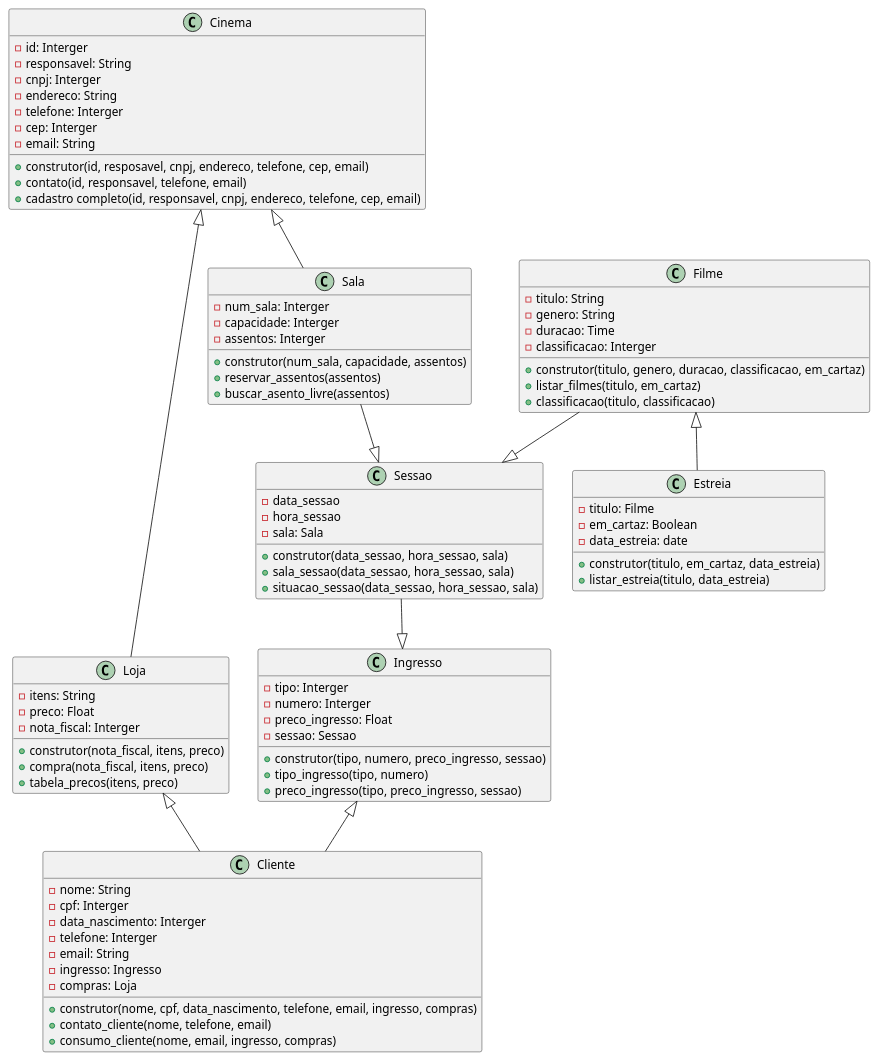
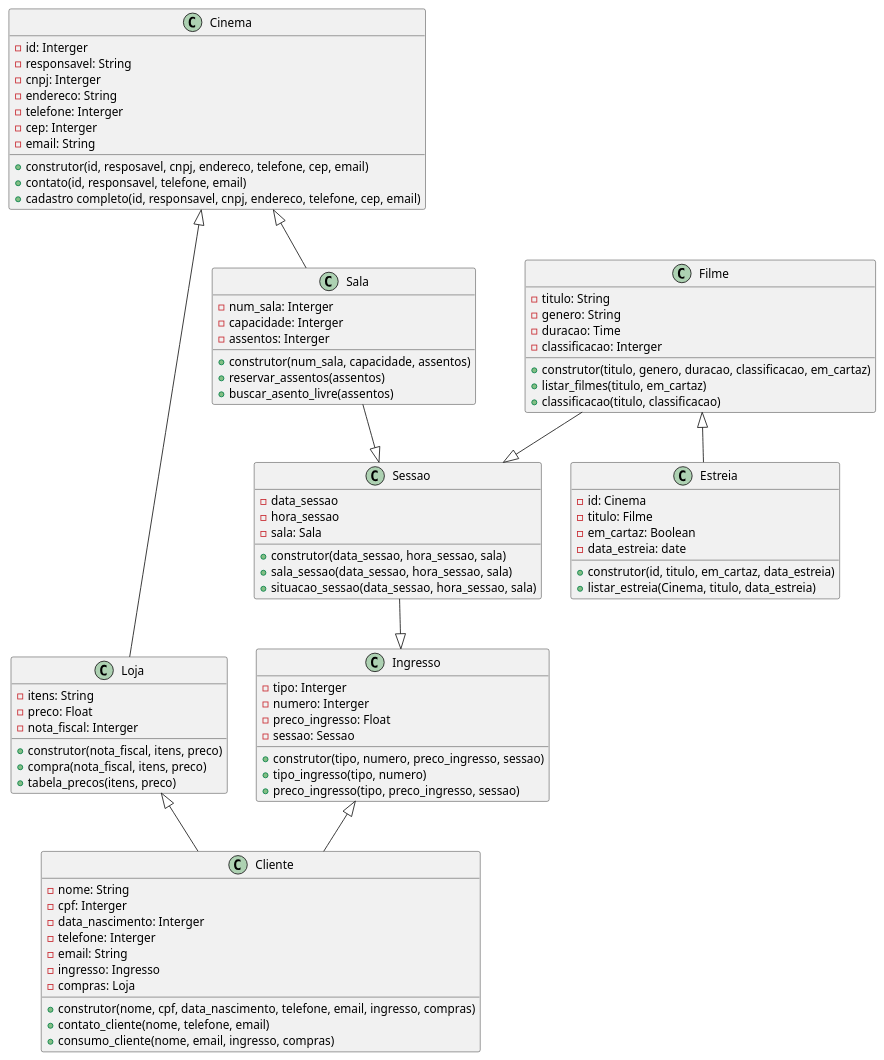
Before and after one commit to anleaes/2023-1-N1-POO-01: the diagram in cinema_grupo1.plantuml, drawn with PlantUML.

```diff
--- a/cinema_grupo1.plantuml
+++ b/cinema_grupo1.plantuml
@@ -1,92 +1,93 @@
 @startuml Diagrama Herança Cinema - Grupo 1
 
 class Cinema {
     - id: Interger
     - responsavel: String
     - cnpj: Interger 
     - endereco: String
     - telefone: Interger
     - cep: Interger
     - email: String
     + construtor(id, resposavel, cnpj, endereco, telefone, cep, email)
     + contato(id, responsavel, telefone, email)
     + cadastro completo(id, responsavel, cnpj, endereco, telefone, cep, email)
 }
 
 class Sala{
     - num_sala: Interger
     - capacidade: Interger
     - assentos: Interger
     + construtor(num_sala, capacidade, assentos)
     + reservar_assentos(assentos)
     + buscar_asento_livre(assentos)
 }
 
 class Sessao{
     - data_sessao
     - hora_sessao
     - sala: Sala
     + construtor(data_sessao, hora_sessao, sala)
     + sala_sessao(data_sessao, hora_sessao, sala)
     + situacao_sessao(data_sessao, hora_sessao, sala)      
 }
 
 class Loja{
     - itens: String
     - preco: Float
     - nota_fiscal: Interger
     + construtor(nota_fiscal, itens, preco)
     + compra(nota_fiscal, itens, preco)
     + tabela_precos(itens, preco)
 }
 
 class Ingresso{
     - tipo: Interger
     - numero: Interger
     - preco_ingresso: Float
     - sessao: Sessao
     + construtor(tipo, numero, preco_ingresso, sessao)
     + tipo_ingresso(tipo, numero)
     + preco_ingresso(tipo, preco_ingresso, sessao)
 }
 
 class Cliente{
     - nome: String
     - cpf: Interger
     - data_nascimento: Interger
     - telefone: Interger
     - email: String
     - ingresso: Ingresso
     - compras: Loja
     + construtor(nome, cpf, data_nascimento, telefone, email, ingresso, compras)
     + contato_cliente(nome, telefone, email)
     + consumo_cliente(nome, email, ingresso, compras)    
 }
 
 class Filme{
     - titulo: String
     - genero: String
     - duracao: Time
     - classificacao: Interger
     + construtor(titulo, genero, duracao, classificacao, em_cartaz)
     + listar_filmes(titulo, em_cartaz)
     + classificacao(titulo, classificacao)
 }
 
 class Estreia {
+    - id: Cinema
     - titulo: Filme
     - em_cartaz: Boolean
     - data_estreia: date
-    + construtor(titulo, em_cartaz, data_estreia)
-    + listar_estreia(titulo, data_estreia)
+    + construtor(id, titulo, em_cartaz, data_estreia)
+    + listar_estreia(Cinema, titulo, data_estreia)
 }
 
 Cinema <|-- Sala
 Sala --|> Sessao
 Filme --|> Sessao
 Filme <|-- Estreia
 Ingresso <|-- Cliente
 Cinema <|-- Loja
 Loja <|-- Cliente
 Sessao --|> Ingresso
 @enduml
```
